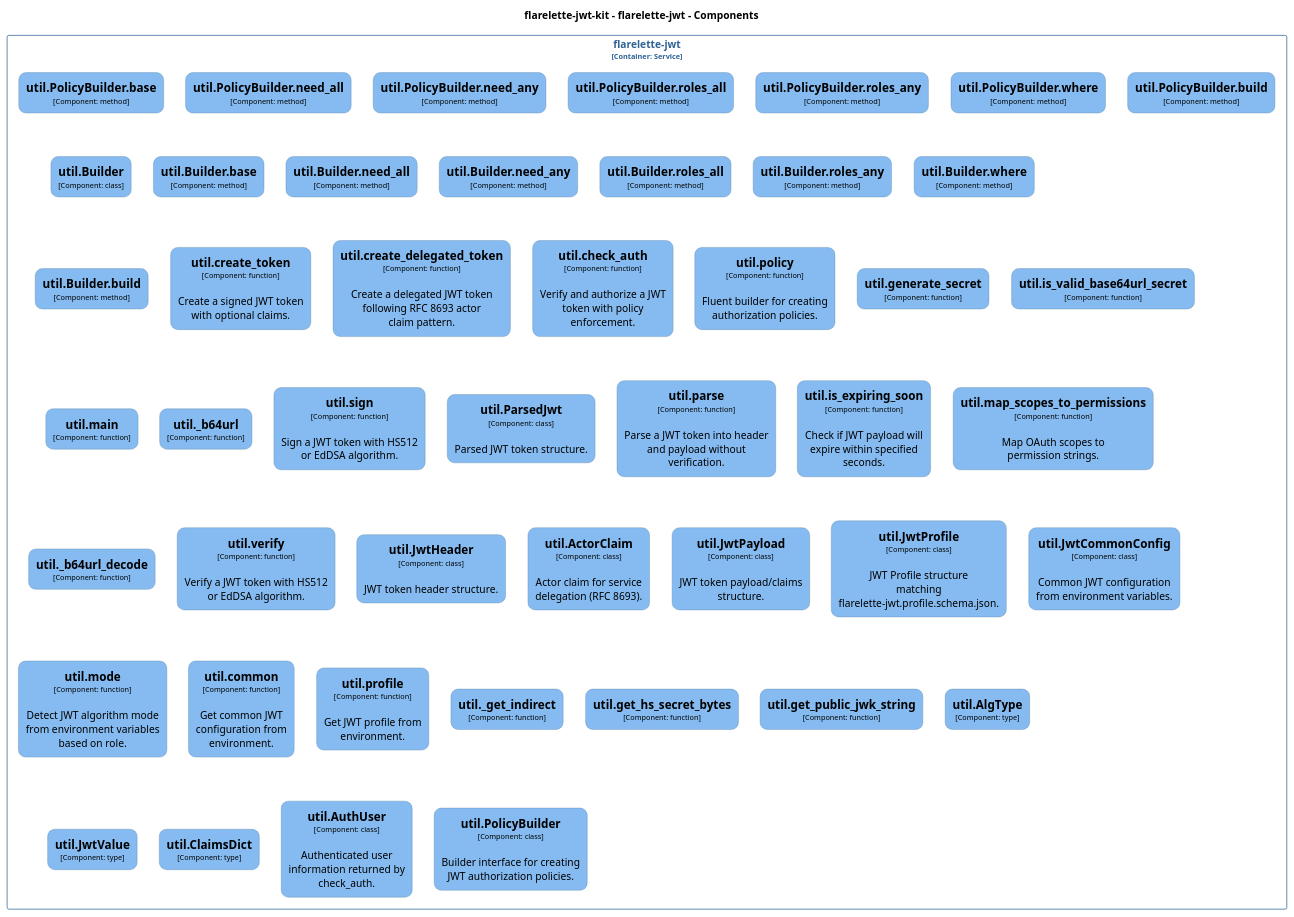
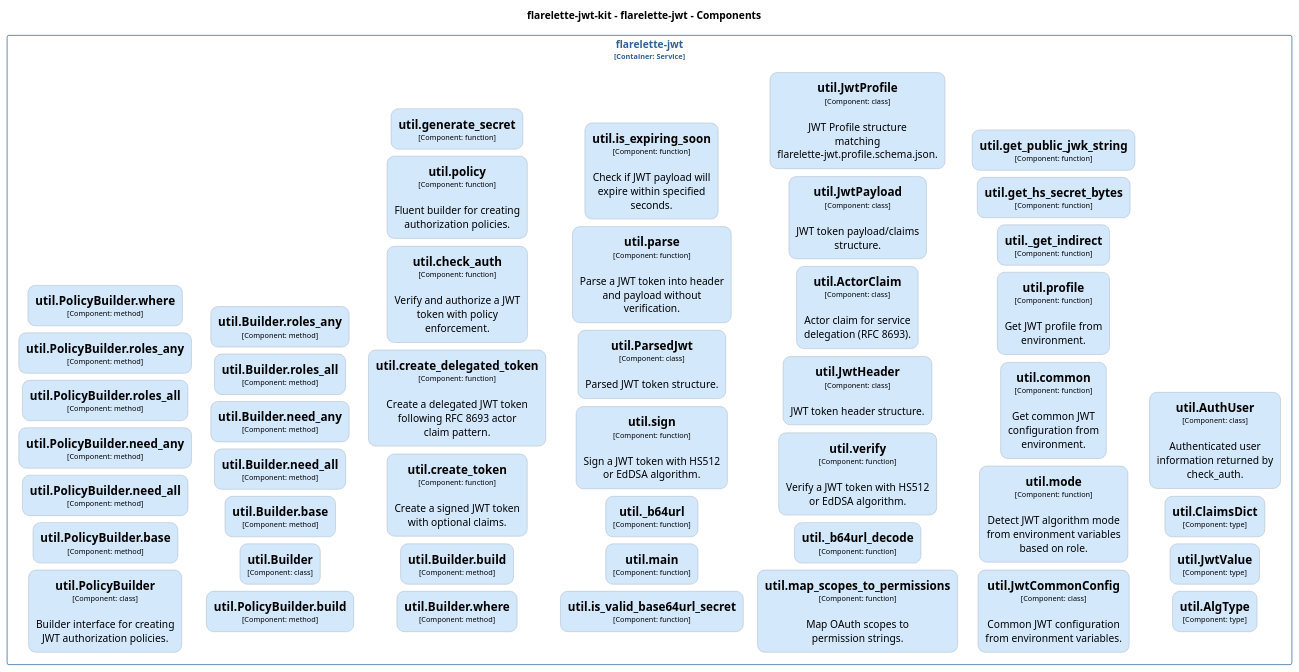
One commit to chrislyons-dev/flarelette-jwt-kit changed the diagram in docs/architecture/diagrams/plantuml/structurizr-Classes_flarelette_jwt__util.puml. Above: the diagram before and after it, drawn with PlantUML. The commit also changed 107 other files, not shown here.

```diff
--- a/docs/architecture/diagrams/plantuml/structurizr-Classes_flarelette_jwt__util.puml
+++ b/docs/architecture/diagrams/plantuml/structurizr-Classes_flarelette_jwt__util.puml
@@ -2,9 +2,9 @@
 set separator none
 title flarelette-jwt-kit - flarelette-jwt - Components
 
-top to bottom direction
-skinparam ranksep 60
-skinparam nodesep 30
+left to right direction
+skinparam ranksep 20
+skinparam nodesep 10
 
 skinparam {
   arrowFontSize 10
@@ -17,324 +17,324 @@
 hide stereotype
 
 skinparam rectangle<<flarelettejwtkit.flarelettejwt.utilActorClaim>> {
-  BackgroundColor #85bbf0
+  BackgroundColor #d4e8fc
   FontColor #000000
-  BorderColor #5d82a8
+  BorderColor #94a2b0
   roundCorner 20
   shadowing false
 }
 skinparam rectangle<<flarelettejwtkit.flarelettejwt.utilAlgType>> {
-  BackgroundColor #85bbf0
+  BackgroundColor #d4e8fc
   FontColor #000000
-  BorderColor #5d82a8
+  BorderColor #94a2b0
   roundCorner 20
   shadowing false
 }
 skinparam rectangle<<flarelettejwtkit.flarelettejwt.utilAuthUser>> {
-  BackgroundColor #85bbf0
+  BackgroundColor #d4e8fc
   FontColor #000000
-  BorderColor #5d82a8
+  BorderColor #94a2b0
   roundCorner 20
   shadowing false
 }
 skinparam rectangle<<flarelettejwtkit.flarelettejwt.utilBuilder>> {
-  BackgroundColor #85bbf0
+  BackgroundColor #d4e8fc
   FontColor #000000
-  BorderColor #5d82a8
+  BorderColor #94a2b0
   roundCorner 20
   shadowing false
 }
 skinparam rectangle<<flarelettejwtkit.flarelettejwt.utilBuilderbase>> {
-  BackgroundColor #85bbf0
+  BackgroundColor #d4e8fc
   FontColor #000000
-  BorderColor #5d82a8
+  BorderColor #94a2b0
   roundCorner 20
   shadowing false
 }
 skinparam rectangle<<flarelettejwtkit.flarelettejwt.utilBuilderbuild>> {
-  BackgroundColor #85bbf0
+  BackgroundColor #d4e8fc
   FontColor #000000
-  BorderColor #5d82a8
+  BorderColor #94a2b0
   roundCorner 20
   shadowing false
 }
 skinparam rectangle<<flarelettejwtkit.flarelettejwt.utilBuilderneed_all>> {
-  BackgroundColor #85bbf0
+  BackgroundColor #d4e8fc
   FontColor #000000
-  BorderColor #5d82a8
+  BorderColor #94a2b0
   roundCorner 20
   shadowing false
 }
 skinparam rectangle<<flarelettejwtkit.flarelettejwt.utilBuilderneed_any>> {
-  BackgroundColor #85bbf0
+  BackgroundColor #d4e8fc
   FontColor #000000
-  BorderColor #5d82a8
+  BorderColor #94a2b0
   roundCorner 20
   shadowing false
 }
 skinparam rectangle<<flarelettejwtkit.flarelettejwt.utilBuilderroles_all>> {
-  BackgroundColor #85bbf0
+  BackgroundColor #d4e8fc
   FontColor #000000
-  BorderColor #5d82a8
+  BorderColor #94a2b0
   roundCorner 20
   shadowing false
 }
 skinparam rectangle<<flarelettejwtkit.flarelettejwt.utilBuilderroles_any>> {
-  BackgroundColor #85bbf0
+  BackgroundColor #d4e8fc
   FontColor #000000
-  BorderColor #5d82a8
+  BorderColor #94a2b0
   roundCorner 20
   shadowing false
 }
 skinparam rectangle<<flarelettejwtkit.flarelettejwt.utilBuilderwhere>> {
-  BackgroundColor #85bbf0
+  BackgroundColor #d4e8fc
   FontColor #000000
-  BorderColor #5d82a8
+  BorderColor #94a2b0
   roundCorner 20
   shadowing false
 }
 skinparam rectangle<<flarelettejwtkit.flarelettejwt.utilClaimsDict>> {
-  BackgroundColor #85bbf0
+  BackgroundColor #d4e8fc
   FontColor #000000
-  BorderColor #5d82a8
+  BorderColor #94a2b0
   roundCorner 20
   shadowing false
 }
 skinparam rectangle<<flarelettejwtkit.flarelettejwt.utilJwtCommonConfig>> {
-  BackgroundColor #85bbf0
+  BackgroundColor #d4e8fc
   FontColor #000000
-  BorderColor #5d82a8
+  BorderColor #94a2b0
   roundCorner 20
   shadowing false
 }
 skinparam rectangle<<flarelettejwtkit.flarelettejwt.utilJwtHeader>> {
-  BackgroundColor #85bbf0
+  BackgroundColor #d4e8fc
   FontColor #000000
-  BorderColor #5d82a8
+  BorderColor #94a2b0
   roundCorner 20
   shadowing false
 }
 skinparam rectangle<<flarelettejwtkit.flarelettejwt.utilJwtPayload>> {
-  BackgroundColor #85bbf0
+  BackgroundColor #d4e8fc
   FontColor #000000
-  BorderColor #5d82a8
+  BorderColor #94a2b0
   roundCorner 20
   shadowing false
 }
 skinparam rectangle<<flarelettejwtkit.flarelettejwt.utilJwtProfile>> {
-  BackgroundColor #85bbf0
+  BackgroundColor #d4e8fc
   FontColor #000000
-  BorderColor #5d82a8
+  BorderColor #94a2b0
   roundCorner 20
   shadowing false
 }
 skinparam rectangle<<flarelettejwtkit.flarelettejwt.utilJwtValue>> {
-  BackgroundColor #85bbf0
+  BackgroundColor #d4e8fc
   FontColor #000000
-  BorderColor #5d82a8
+  BorderColor #94a2b0
   roundCorner 20
   shadowing false
 }
 skinparam rectangle<<flarelettejwtkit.flarelettejwt.utilParsedJwt>> {
-  BackgroundColor #85bbf0
+  BackgroundColor #d4e8fc
   FontColor #000000
-  BorderColor #5d82a8
+  BorderColor #94a2b0
   roundCorner 20
   shadowing false
 }
 skinparam rectangle<<flarelettejwtkit.flarelettejwt.utilPolicyBuilder>> {
-  BackgroundColor #85bbf0
+  BackgroundColor #d4e8fc
   FontColor #000000
-  BorderColor #5d82a8
+  BorderColor #94a2b0
   roundCorner 20
   shadowing false
 }
 skinparam rectangle<<flarelettejwtkit.flarelettejwt.utilPolicyBuilderbase>> {
-  BackgroundColor #85bbf0
+  BackgroundColor #d4e8fc
   FontColor #000000
-  BorderColor #5d82a8
+  BorderColor #94a2b0
   roundCorner 20
   shadowing false
 }
 skinparam rectangle<<flarelettejwtkit.flarelettejwt.utilPolicyBuilderbuild>> {
-  BackgroundColor #85bbf0
+  BackgroundColor #d4e8fc
   FontColor #000000
-  BorderColor #5d82a8
+  BorderColor #94a2b0
   roundCorner 20
   shadowing false
 }
 skinparam rectangle<<flarelettejwtkit.flarelettejwt.utilPolicyBuilderneed_all>> {
-  BackgroundColor #85bbf0
+  BackgroundColor #d4e8fc
   FontColor #000000
-  BorderColor #5d82a8
+  BorderColor #94a2b0
   roundCorner 20
   shadowing false
 }
 skinparam rectangle<<flarelettejwtkit.flarelettejwt.utilPolicyBuilderneed_any>> {
-  BackgroundColor #85bbf0
+  BackgroundColor #d4e8fc
   FontColor #000000
-  BorderColor #5d82a8
+  BorderColor #94a2b0
   roundCorner 20
   shadowing false
 }
 skinparam rectangle<<flarelettejwtkit.flarelettejwt.utilPolicyBuilderroles_all>> {
-  BackgroundColor #85bbf0
+  BackgroundColor #d4e8fc
   FontColor #000000
-  BorderColor #5d82a8
+  BorderColor #94a2b0
   roundCorner 20
   shadowing false
 }
 skinparam rectangle<<flarelettejwtkit.flarelettejwt.utilPolicyBuilderroles_any>> {
-  BackgroundColor #85bbf0
+  BackgroundColor #d4e8fc
   FontColor #000000
-  BorderColor #5d82a8
+  BorderColor #94a2b0
   roundCorner 20
   shadowing false
 }
 skinparam rectangle<<flarelettejwtkit.flarelettejwt.utilPolicyBuilderwhere>> {
-  BackgroundColor #85bbf0
+  BackgroundColor #d4e8fc
   FontColor #000000
-  BorderColor #5d82a8
+  BorderColor #94a2b0
   roundCorner 20
   shadowing false
 }
 skinparam rectangle<<flarelettejwtkit.flarelettejwt.util_b64url>> {
-  BackgroundColor #85bbf0
+  BackgroundColor #d4e8fc
   FontColor #000000
-  BorderColor #5d82a8
+  BorderColor #94a2b0
   roundCorner 20
   shadowing false
 }
 skinparam rectangle<<flarelettejwtkit.flarelettejwt.util_b64url_decode>> {
-  BackgroundColor #85bbf0
+  BackgroundColor #d4e8fc
   FontColor #000000
-  BorderColor #5d82a8
+  BorderColor #94a2b0
   roundCorner 20
   shadowing false
 }
 skinparam rectangle<<flarelettejwtkit.flarelettejwt.util_get_indirect>> {
-  BackgroundColor #85bbf0
+  BackgroundColor #d4e8fc
   FontColor #000000
-  BorderColor #5d82a8
+  BorderColor #94a2b0
   roundCorner 20
   shadowing false
 }
 skinparam rectangle<<flarelettejwtkit.flarelettejwt.utilcheck_auth>> {
-  BackgroundColor #85bbf0
+  BackgroundColor #d4e8fc
   FontColor #000000
-  BorderColor #5d82a8
+  BorderColor #94a2b0
   roundCorner 20
   shadowing false
 }
 skinparam rectangle<<flarelettejwtkit.flarelettejwt.utilcommon>> {
-  BackgroundColor #85bbf0
+  BackgroundColor #d4e8fc
   FontColor #000000
-  BorderColor #5d82a8
+  BorderColor #94a2b0
   roundCorner 20
   shadowing false
 }
 skinparam rectangle<<flarelettejwtkit.flarelettejwt.utilcreate_delegated_token>> {
-  BackgroundColor #85bbf0
+  BackgroundColor #d4e8fc
   FontColor #000000
-  BorderColor #5d82a8
+  BorderColor #94a2b0
   roundCorner 20
   shadowing false
 }
 skinparam rectangle<<flarelettejwtkit.flarelettejwt.utilcreate_token>> {
-  BackgroundColor #85bbf0
+  BackgroundColor #d4e8fc
   FontColor #000000
-  BorderColor #5d82a8
+  BorderColor #94a2b0
   roundCorner 20
   shadowing false
 }
 skinparam rectangle<<flarelettejwtkit.flarelettejwt.utilgenerate_secret>> {
-  BackgroundColor #85bbf0
+  BackgroundColor #d4e8fc
   FontColor #000000
-  BorderColor #5d82a8
+  BorderColor #94a2b0
   roundCorner 20
   shadowing false
 }
 skinparam rectangle<<flarelettejwtkit.flarelettejwt.utilget_hs_secret_bytes>> {
-  BackgroundColor #85bbf0
+  BackgroundColor #d4e8fc
   FontColor #000000
-  BorderColor #5d82a8
+  BorderColor #94a2b0
   roundCorner 20
   shadowing false
 }
 skinparam rectangle<<flarelettejwtkit.flarelettejwt.utilget_public_jwk_string>> {
-  BackgroundColor #85bbf0
+  BackgroundColor #d4e8fc
   FontColor #000000
-  BorderColor #5d82a8
+  BorderColor #94a2b0
   roundCorner 20
   shadowing false
 }
 skinparam rectangle<<flarelettejwtkit.flarelettejwt.utilis_expiring_soon>> {
-  BackgroundColor #85bbf0
+  BackgroundColor #d4e8fc
   FontColor #000000
-  BorderColor #5d82a8
+  BorderColor #94a2b0
   roundCorner 20
   shadowing false
 }
 skinparam rectangle<<flarelettejwtkit.flarelettejwt.utilis_valid_base64url_secret>> {
-  BackgroundColor #85bbf0
+  BackgroundColor #d4e8fc
   FontColor #000000
-  BorderColor #5d82a8
+  BorderColor #94a2b0
   roundCorner 20
   shadowing false
 }
 skinparam rectangle<<flarelettejwtkit.flarelettejwt.utilmain>> {
-  BackgroundColor #85bbf0
+  BackgroundColor #d4e8fc
   FontColor #000000
-  BorderColor #5d82a8
+  BorderColor #94a2b0
   roundCorner 20
   shadowing false
 }
 skinparam rectangle<<flarelettejwtkit.flarelettejwt.utilmap_scopes_to_permissions>> {
-  BackgroundColor #85bbf0
+  BackgroundColor #d4e8fc
   FontColor #000000
-  BorderColor #5d82a8
+  BorderColor #94a2b0
   roundCorner 20
   shadowing false
 }
 skinparam rectangle<<flarelettejwtkit.flarelettejwt.utilmode>> {
-  BackgroundColor #85bbf0
+  BackgroundColor #d4e8fc
   FontColor #000000
-  BorderColor #5d82a8
+  BorderColor #94a2b0
   roundCorner 20
   shadowing false
 }
 skinparam rectangle<<flarelettejwtkit.flarelettejwt.utilparse>> {
-  BackgroundColor #85bbf0
+  BackgroundColor #d4e8fc
   FontColor #000000
-  BorderColor #5d82a8
+  BorderColor #94a2b0
   roundCorner 20
   shadowing false
 }
 skinparam rectangle<<flarelettejwtkit.flarelettejwt.utilpolicy>> {
-  BackgroundColor #85bbf0
+  BackgroundColor #d4e8fc
   FontColor #000000
-  BorderColor #5d82a8
+  BorderColor #94a2b0
   roundCorner 20
   shadowing false
 }
 skinparam rectangle<<flarelettejwtkit.flarelettejwt.utilprofile>> {
-  BackgroundColor #85bbf0
+  BackgroundColor #d4e8fc
   FontColor #000000
-  BorderColor #5d82a8
+  BorderColor #94a2b0
   roundCorner 20
   shadowing false
 }
 skinparam rectangle<<flarelettejwtkit.flarelettejwt.utilsign>> {
-  BackgroundColor #85bbf0
+  BackgroundColor #d4e8fc
   FontColor #000000
-  BorderColor #5d82a8
+  BorderColor #94a2b0
   roundCorner 20
   shadowing false
 }
 skinparam rectangle<<flarelettejwtkit.flarelettejwt.utilverify>> {
-  BackgroundColor #85bbf0
+  BackgroundColor #d4e8fc
   FontColor #000000
-  BorderColor #5d82a8
+  BorderColor #94a2b0
   roundCorner 20
   shadowing false
 }
@@ -345,6 +345,7 @@
 }
 
 rectangle "flarelette-jwt\n<size:10>[Container: Service]</size>" <<flarelettejwtkit.flarelettejwt>> {
+  rectangle "==util.PolicyBuilder\n<size:10>[Component: class]</size>\n\nBuilder interface for creating JWT authorization policies." <<flarelettejwtkit.flarelettejwt.utilPolicyBuilder>> as flarelettejwtkit.flarelettejwt.utilPolicyBuilder
   rectangle "==util.PolicyBuilder.base\n<size:10>[Component: method]</size>" <<flarelettejwtkit.flarelettejwt.utilPolicyBuilderbase>> as flarelettejwtkit.flarelettejwt.utilPolicyBuilderbase
   rectangle "==util.PolicyBuilder.need_all\n<size:10>[Component: method]</size>" <<flarelettejwtkit.flarelettejwt.utilPolicyBuilderneed_all>> as flarelettejwtkit.flarelettejwt.utilPolicyBuilderneed_all
   rectangle "==util.PolicyBuilder.need_any\n<size:10>[Component: method]</size>" <<flarelettejwtkit.flarelettejwt.utilPolicyBuilderneed_any>> as flarelettejwtkit.flarelettejwt.utilPolicyBuilderneed_any
@@ -390,7 +391,6 @@
   rectangle "==util.JwtValue\n<size:10>[Component: type]</size>" <<flarelettejwtkit.flarelettejwt.utilJwtValue>> as flarelettejwtkit.flarelettejwt.utilJwtValue
   rectangle "==util.ClaimsDict\n<size:10>[Component: type]</size>" <<flarelettejwtkit.flarelettejwt.utilClaimsDict>> as flarelettejwtkit.flarelettejwt.utilClaimsDict
   rectangle "==util.AuthUser\n<size:10>[Component: class]</size>\n\nAuthenticated user information returned by check_auth." <<flarelettejwtkit.flarelettejwt.utilAuthUser>> as flarelettejwtkit.flarelettejwt.utilAuthUser
-  rectangle "==util.PolicyBuilder\n<size:10>[Component: class]</size>\n\nBuilder interface for creating JWT authorization policies." <<flarelettejwtkit.flarelettejwt.utilPolicyBuilder>> as flarelettejwtkit.flarelettejwt.utilPolicyBuilder
 }
 
 @enduml
```
